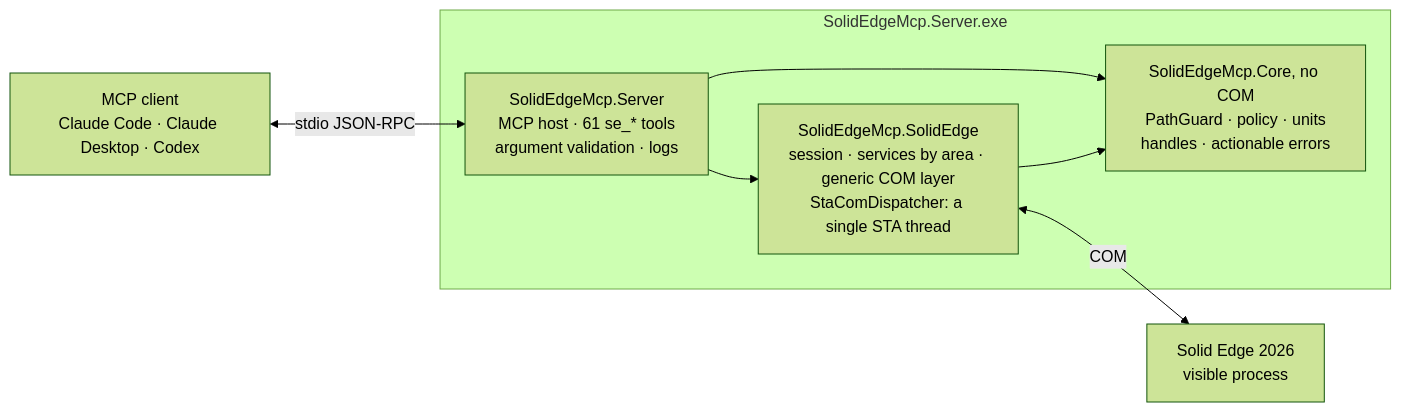
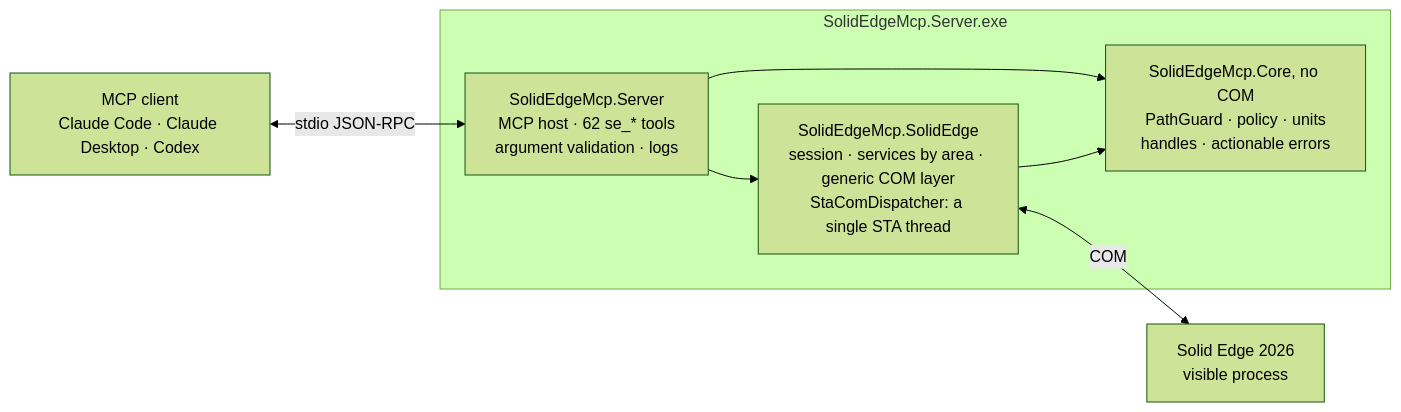
One commit to gabichuuuuu/solid-edge-mcp changed the diagram in README.md. Above: the diagram before and after it, drawn with Mermaid (forest theme). The commit also changed other lines of this file and 14 other files, not shown here.

````diff
--- a/README.md
+++ b/README.md
@@ -303,18 +304,18 @@
 ```mermaid
 flowchart LR
     client["MCP client<br/>Claude Code · Claude Desktop · Codex"]
 
     subgraph exe ["SolidEdgeMcp.Server.exe"]
-        server["SolidEdgeMcp.Server<br/>MCP host · 61 se_* tools<br/>argument validation · logs"]
+        server["SolidEdgeMcp.Server<br/>MCP host · 62 se_* tools<br/>argument validation · logs"]
         se["SolidEdgeMcp.SolidEdge<br/>session · services by area · generic COM layer<br/>StaComDispatcher: a single STA thread"]
         core["SolidEdgeMcp.Core, no COM<br/>PathGuard · policy · units<br/>handles · actionable errors"]
         server --> se
         server --> core
         se --> core
     end
 
     app["Solid Edge 2026<br/>visible process"]
 
     client <-->|stdio JSON-RPC| server
     se <-->|COM| app
 ```
````
